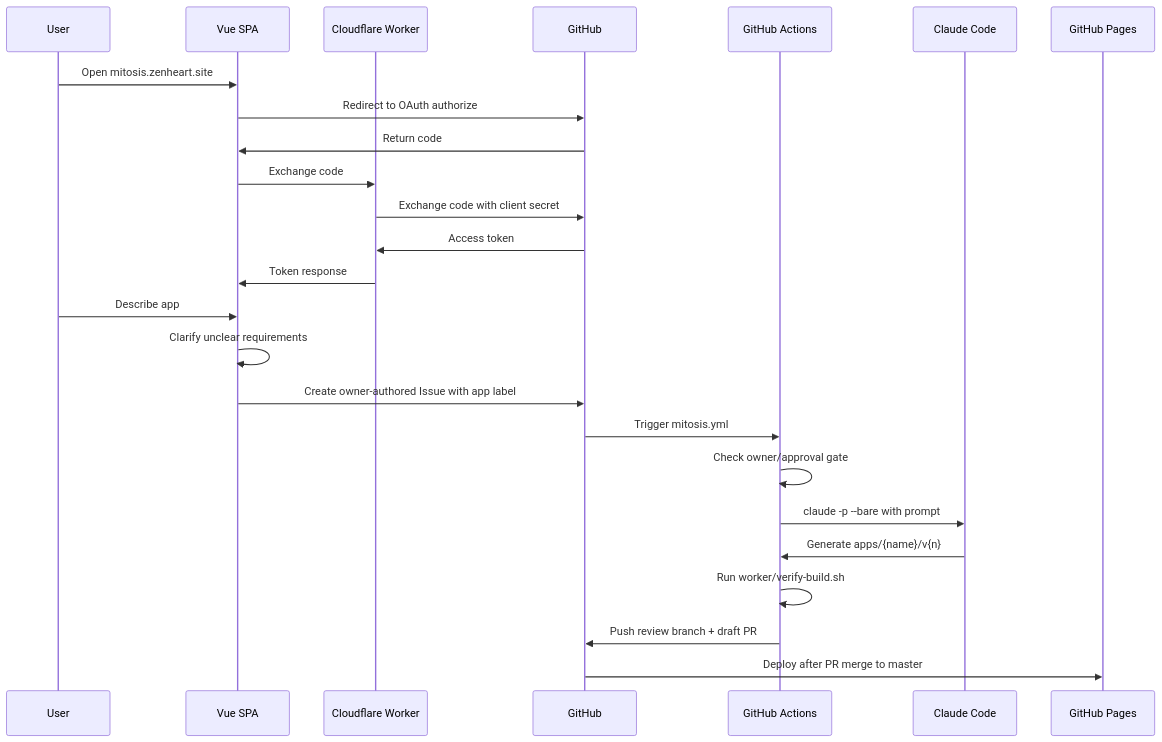
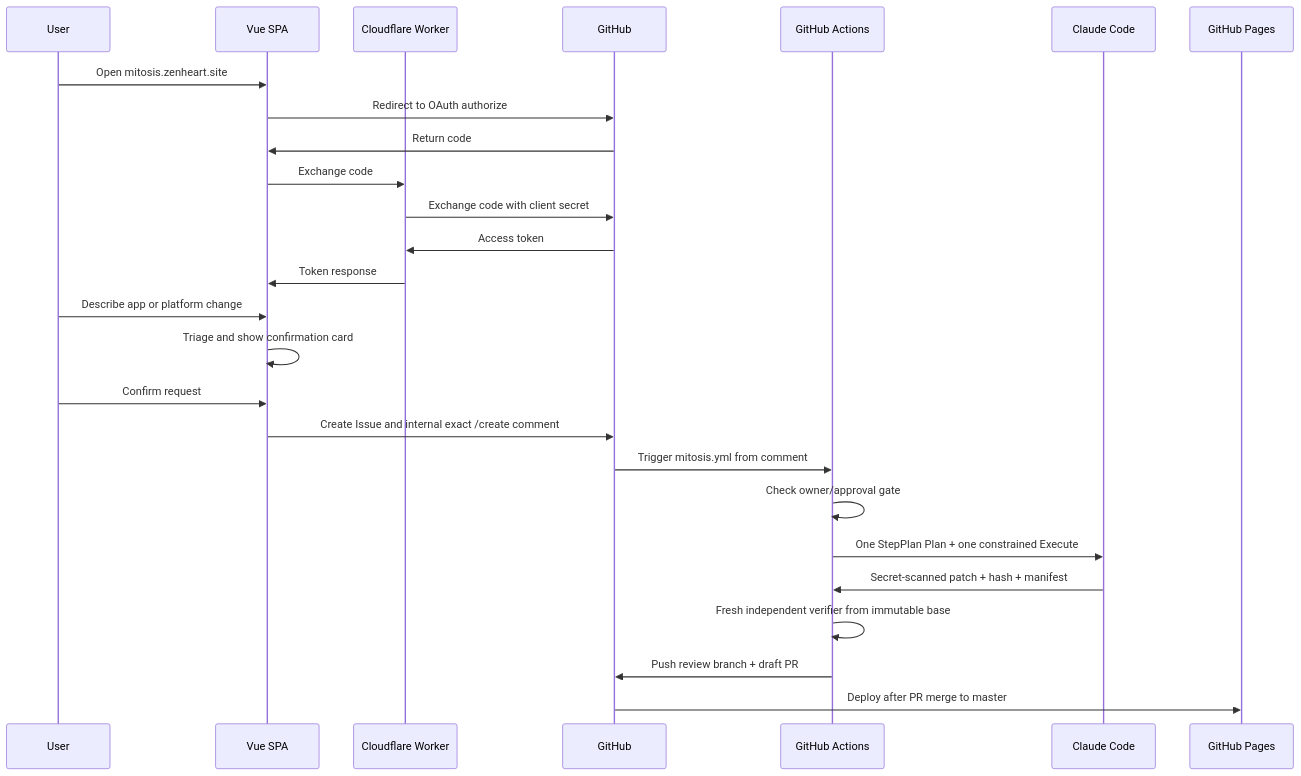
The first of 9 diagrams in docs/architecture.md (zenHeart/mitosis), drawn with Mermaid before and after one commit. The commit also changed other lines of this file and 20 other files, not shown here.

````diff
--- a/docs/architecture.md
+++ b/docs/architecture.md
@@ -47,28 +47,29 @@
 ```mermaid
 sequenceDiagram
     participant User
     participant SPA as Vue SPA
     participant Worker as Cloudflare Worker
     participant GH as GitHub
     participant Actions as GitHub Actions
     participant Claude as Claude Code
     participant Pages as GitHub Pages
 
     User->>SPA: Open mitosis.zenheart.site
     SPA->>GH: Redirect to OAuth authorize
     GH->>SPA: Return code
     SPA->>Worker: Exchange code
     Worker->>GH: Exchange code with client secret
     GH->>Worker: Access token
     Worker->>SPA: Token response
-    User->>SPA: Describe app
-    SPA->>SPA: Clarify unclear requirements
-    SPA->>GH: Create owner-authored Issue with app label
-    GH->>Actions: Trigger mitosis.yml
+    User->>SPA: Describe app or platform change
+    SPA->>SPA: Triage and show confirmation card
+    User->>SPA: Confirm request
+    SPA->>GH: Create Issue and internal exact /create comment
+    GH->>Actions: Trigger mitosis.yml from comment
     Actions->>Actions: Check owner/approval gate
-    Actions->>Claude: claude -p --bare with prompt
-    Claude->>Actions: Generate apps/{name}/v{n}
-    Actions->>Actions: Run worker/verify-build.sh
+    Actions->>Claude: One StepPlan Plan + one constrained Execute
+    Claude->>Actions: Secret-scanned patch + hash + manifest
+    Actions->>Actions: Fresh independent verifier from immutable base
     Actions->>GH: Push review branch + draft PR
     GH->>Pages: Deploy after PR merge to master
 ```
````
